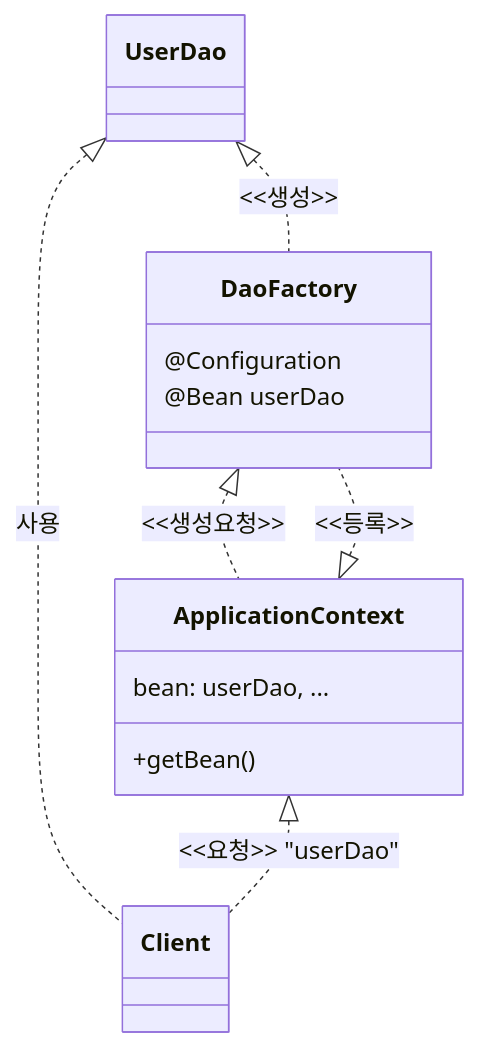
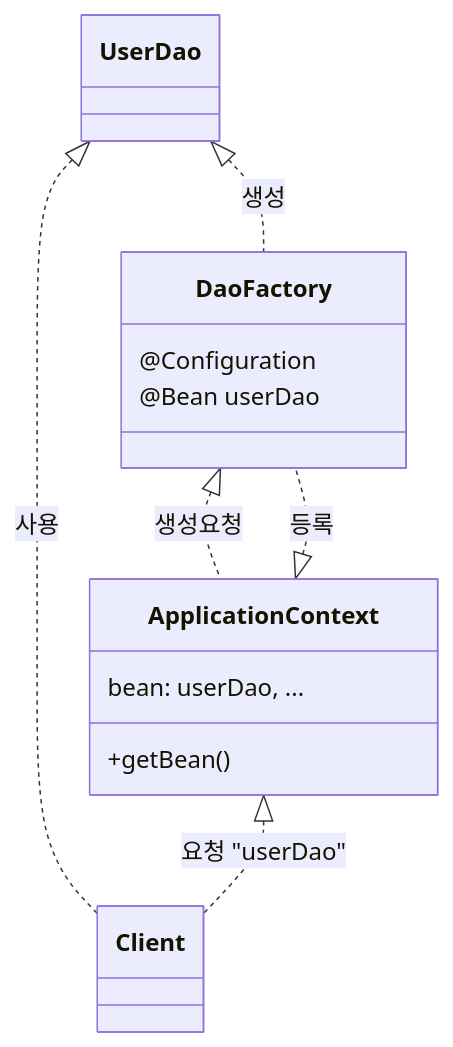
One commit to eastmeet/spring-study-anything changed the fifth of 7 diagrams in README.md. Above: the diagram before and after it, drawn with Mermaid. The commit also changed other lines of this file and 2 other files, not shown here.

Commit message:
feature: test - 아주 간단한 자동화 테스트 적용

````diff
--- a/README.md
+++ b/README.md
@@ -96,22 +96,22 @@
 ```mermaid
 classDiagram
     class Client {
     }
     class UserDao {
     }
     class ApplicationContext {
         bean: userDao, ...
         +getBean()
     }
     class DaoFactory {
         @Configuration
         @Bean userDao
     }
 
-    UserDao <|.. DaoFactory: <<생성>>
-    DaoFactory <|.. ApplicationContext: <<생성요청>>
-    ApplicationContext <|.. DaoFactory: <<등록>>
+    UserDao <|.. DaoFactory: 생성
+    DaoFactory <|.. ApplicationContext: 생성요청
+    ApplicationContext <|.. DaoFactory: 등록
     UserDao <|.. Client: 사용
-    ApplicationContext <|.. Client: <<요청>> "userDao"
+    ApplicationContext <|.. Client: 요청 "userDao"
 
 ```
````
